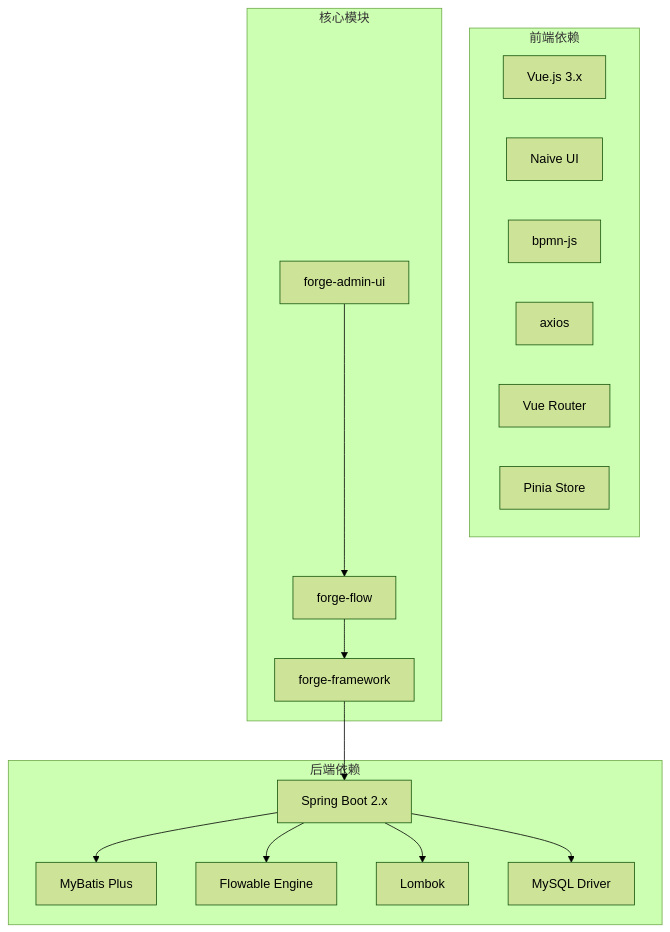
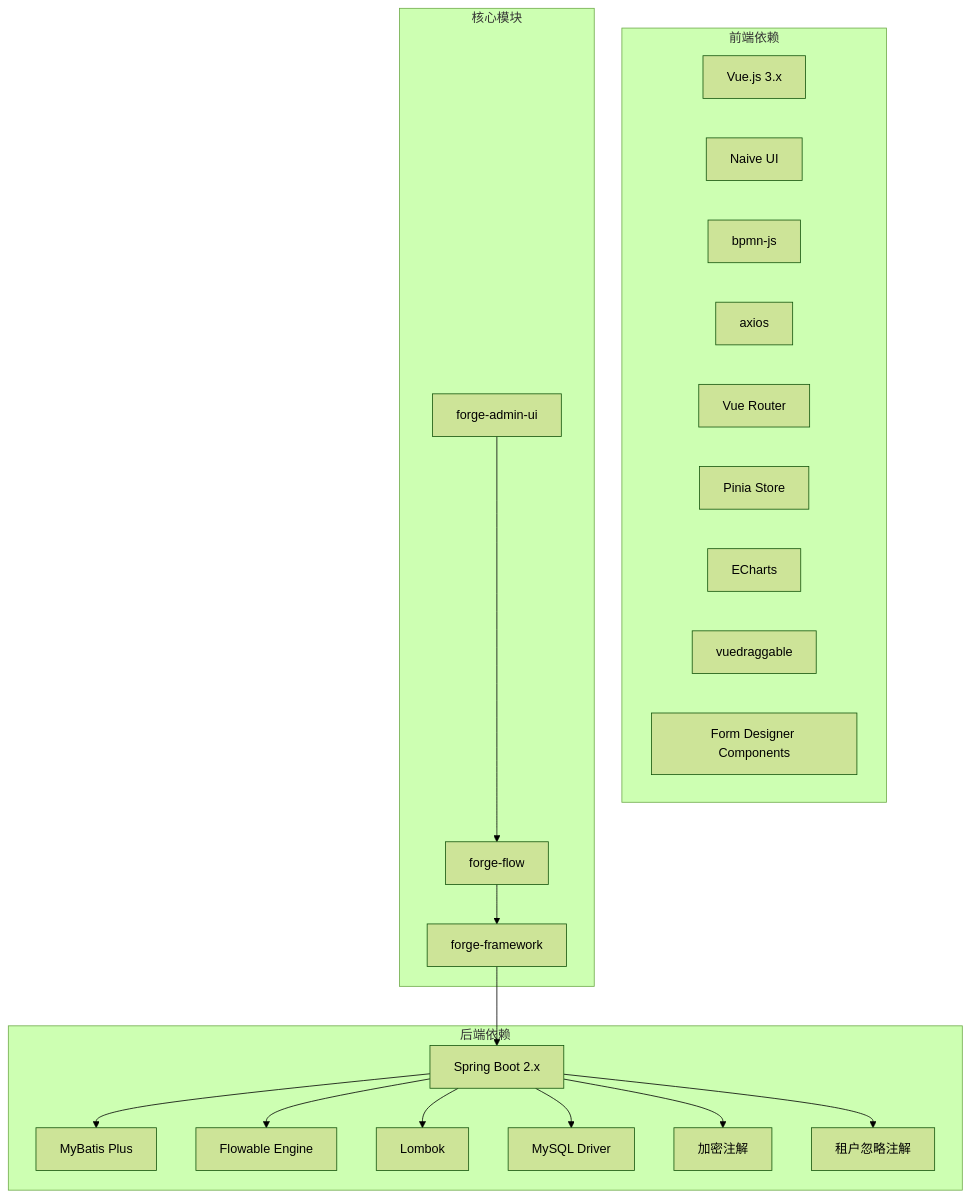
Before and after one commit to yaomindong1996/forge-admin: the ninth of 11 diagrams in .qoder/repowiki/zh/content/前端框架详解/前端工作流组件.md, drawn with Mermaid (forest theme). The commit also changed other lines of this file and 95 other files, not shown here.

````diff
--- a/.qoder/repowiki/zh/content/前端框架详解/前端工作流组件.md
+++ b/.qoder/repowiki/zh/content/前端框架详解/前端工作流组件.md
@@ -333,30 +618,37 @@
 ```mermaid
 graph TB
 subgraph "前端依赖"
 A[Vue.js 3.x]
 B[Naive UI]
 C[bpmn-js]
 D[axios]
 E[Vue Router]
 F[Pinia Store]
+G[ECharts]
+H[vuedraggable]
+I[Form Designer Components]
 end
 subgraph "后端依赖"
-G[Spring Boot 2.x]
-H[MyBatis Plus]
-I[Flowable Engine]
-J[Lombok]
-K[MySQL Driver]
+J[Spring Boot 2.x]
+K[MyBatis Plus]
+L[Flowable Engine]
+M[Lombok]
+N[MySQL Driver]
+O[加密注解]
+P[租户忽略注解]
 end
 subgraph "核心模块"
-L[forge-flow]
-M[forge-framework]
-N[forge-admin-ui]
+Q[forge-flow]
+R[forge-framework]
+S[forge-admin-ui]
 end
-N --> L
-L --> M
-M --> G
-G --> H
-G --> I
-G --> J
-G --> K
+S --> Q
+Q --> R
+R --> J
+J --> K
+J --> L
+J --> O
+J --> P
+J --> M
+J --> N
 ```
````
